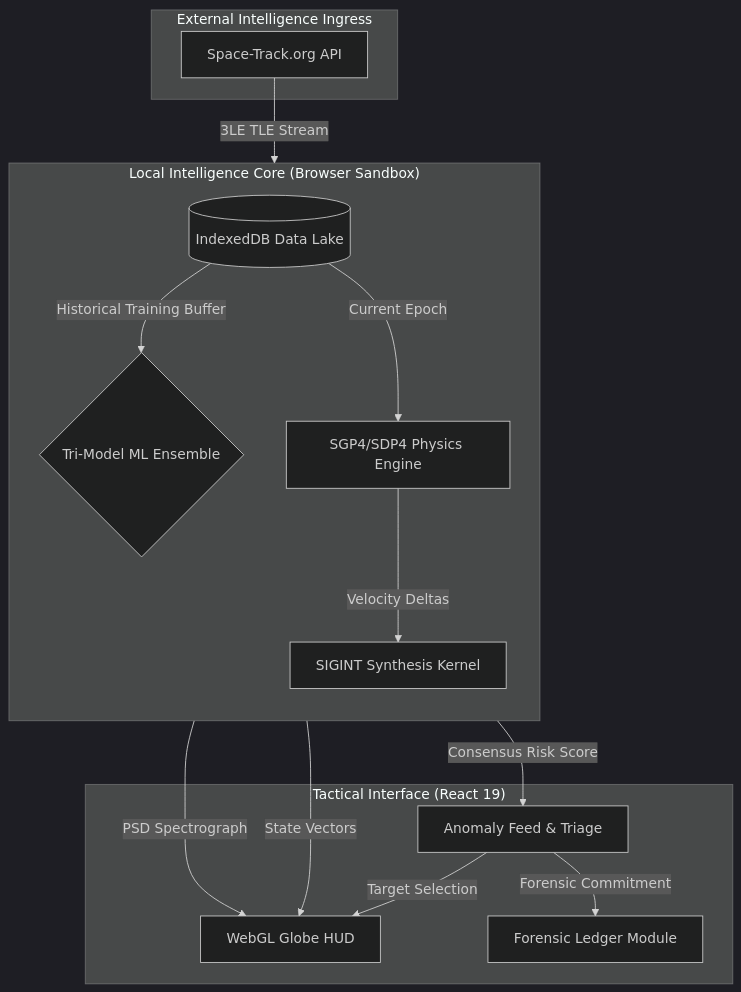
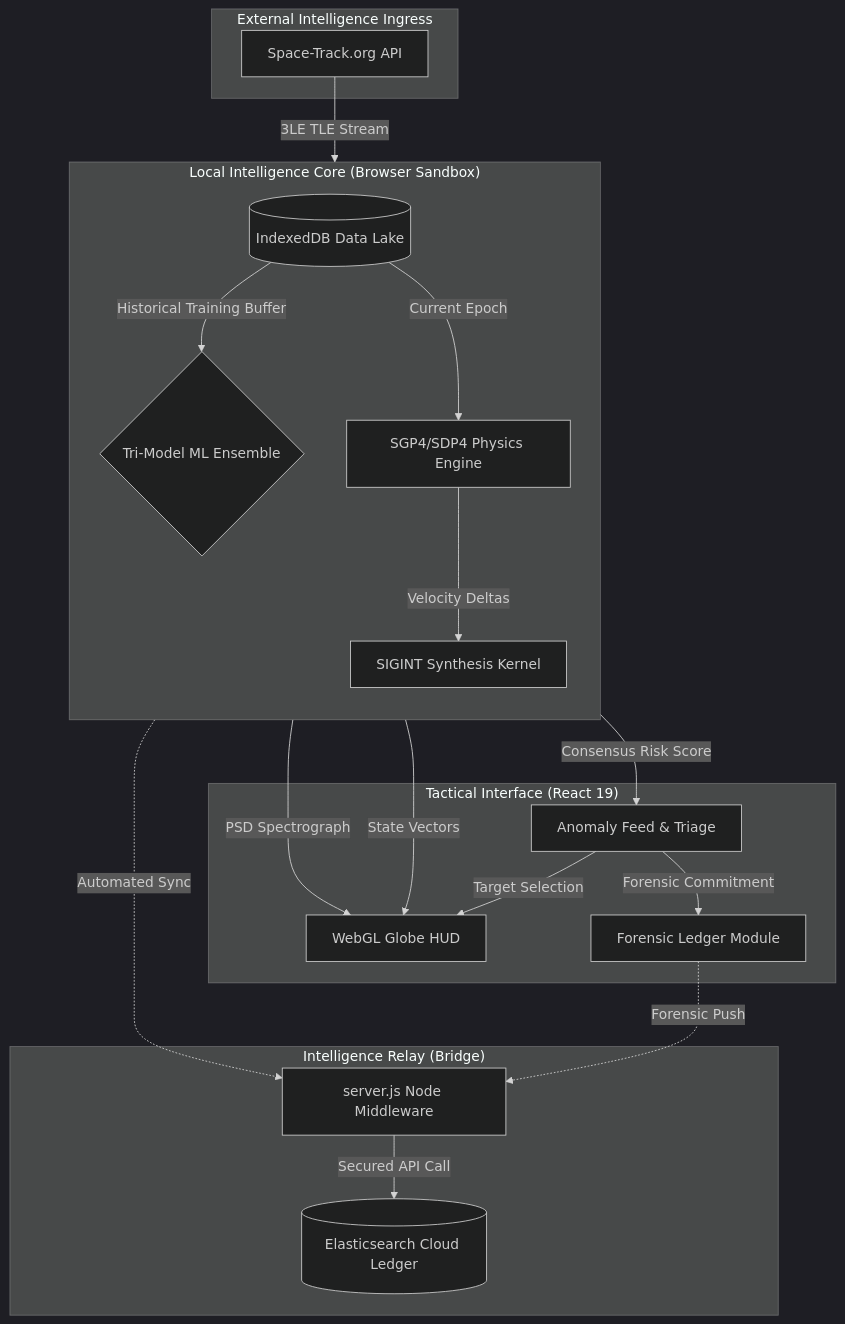
Before and after one commit to ritvikindupuri/Orbitwatch: the diagram in TECHNICAL_SPEC.md, drawn with Mermaid (dark theme). The commit also changed other lines of this file, not shown here.

````diff
--- a/TECHNICAL_SPEC.md
+++ b/TECHNICAL_SPEC.md
@@ -21,30 +21,40 @@
 ```mermaid
 graph TD
     subgraph "External Intelligence Ingress"
         ST[Space-Track.org API]
     end
 
     subgraph "Local Intelligence Core (Browser Sandbox)"
         direction TB
         DB[(IndexedDB Data Lake)]
         PE[SGP4/SDP4 Physics Engine]
         ML{Tri-Model ML Ensemble}
         RF[SIGINT Synthesis Kernel]
+    end
+
+    subgraph "Intelligence Relay (Bridge)"
+        MID[server.js Node Middleware]
+        ES[(Elasticsearch Cloud Ledger)]
     end
 
     subgraph "Tactical Interface (React 19)"
         UI[WebGL Globe HUD]
         FEED[Anomaly Feed & Triage]
         FOR[Forensic Ledger Module]
     end
 
     ST -->|3LE TLE Stream| DB
     DB -->|Historical Training Buffer| ML
     DB -->|Current Epoch| PE
     PE -->|State Vectors| UI
     PE -->|Velocity Deltas| RF
     ML -->|Consensus Risk Score| FEED
     RF -->|PSD Spectrograph| UI
     FEED -->|Target Selection| UI
     FEED -->|Forensic Commitment| FOR
+    
+    %% Intelligence Relay Integration
+    DB -.->|Automated Sync| MID
+    FOR -.->|Forensic Push| MID
+    MID -->|Secured API Call| ES
 ```
````
